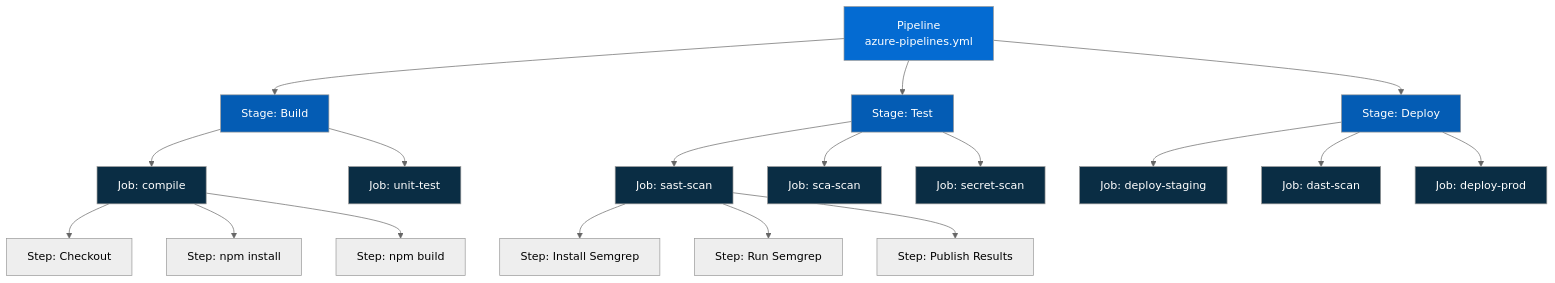
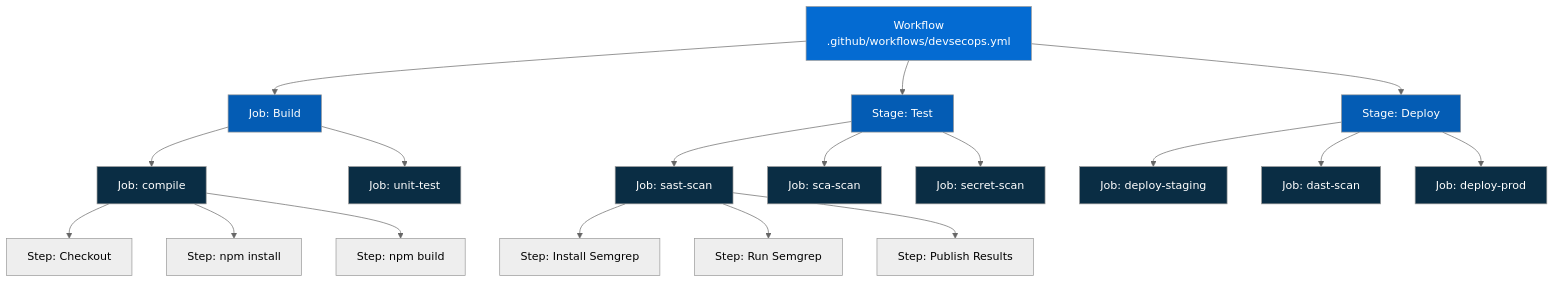
One commit to jhonsanchez/workshop-devsecops-pipelines changed the first of 7 diagrams in docs/concepto02-anatomia-pipeline/index.md. Above: the diagram before and after it, drawn with Mermaid (neutral theme). The commit also changed other lines of this file and 52 other files, not shown here.

````diff
--- a/docs/concepto02-anatomia-pipeline/index.md
+++ b/docs/concepto02-anatomia-pipeline/index.md
@@ -28,38 +28,38 @@
 ```mermaid
 flowchart TB
-    P[Pipeline<br/>azure-pipelines.yml] --> S1[Stage: Build]
+    P[Workflow<br/>.github/workflows/devsecops.yml] --> S1[Job: Build]
     P --> S2[Stage: Test]
     P --> S3[Stage: Deploy]
 
     S1 --> J1[Job: compile]
     S1 --> J2[Job: unit-test]
 
     S2 --> J3[Job: sast-scan]
     S2 --> J4[Job: sca-scan]
     S2 --> J5[Job: secret-scan]
 
     S3 --> J6[Job: deploy-staging]
     S3 --> J7[Job: dast-scan]
     S3 --> J8[Job: deploy-prod]
 
     J1 --> ST1[Step: Checkout]
     J1 --> ST2[Step: npm install]
     J1 --> ST3[Step: npm build]
 
     J3 --> ST4[Step: Install Semgrep]
     J3 --> ST5[Step: Run Semgrep]
     J3 --> ST6[Step: Publish Results]
 
     style P fill:#046BD2,color:#fff
     style S1 fill:#045CB4,color:#fff
     style S2 fill:#045CB4,color:#fff
     style S3 fill:#045CB4,color:#fff
     style J1 fill:#0a2d44,color:#fff
     style J2 fill:#0a2d44,color:#fff
     style J3 fill:#0a2d44,color:#fff
     style J4 fill:#0a2d44,color:#fff
     style J5 fill:#0a2d44,color:#fff
     style J6 fill:#0a2d44,color:#fff
     style J7 fill:#0a2d44,color:#fff
     style J8 fill:#0a2d44,color:#fff
 ```
````
